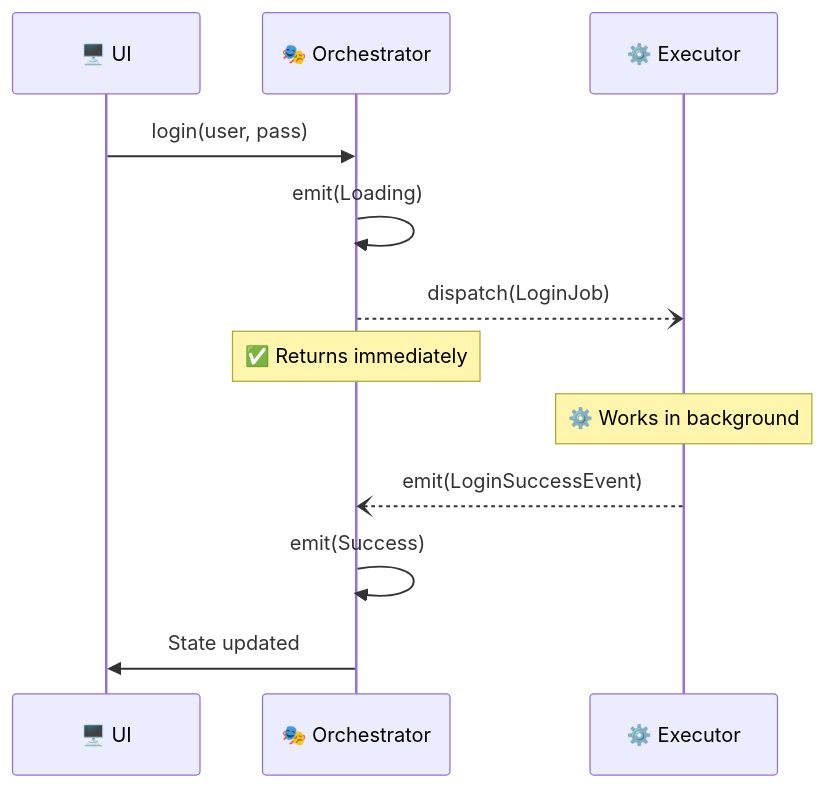
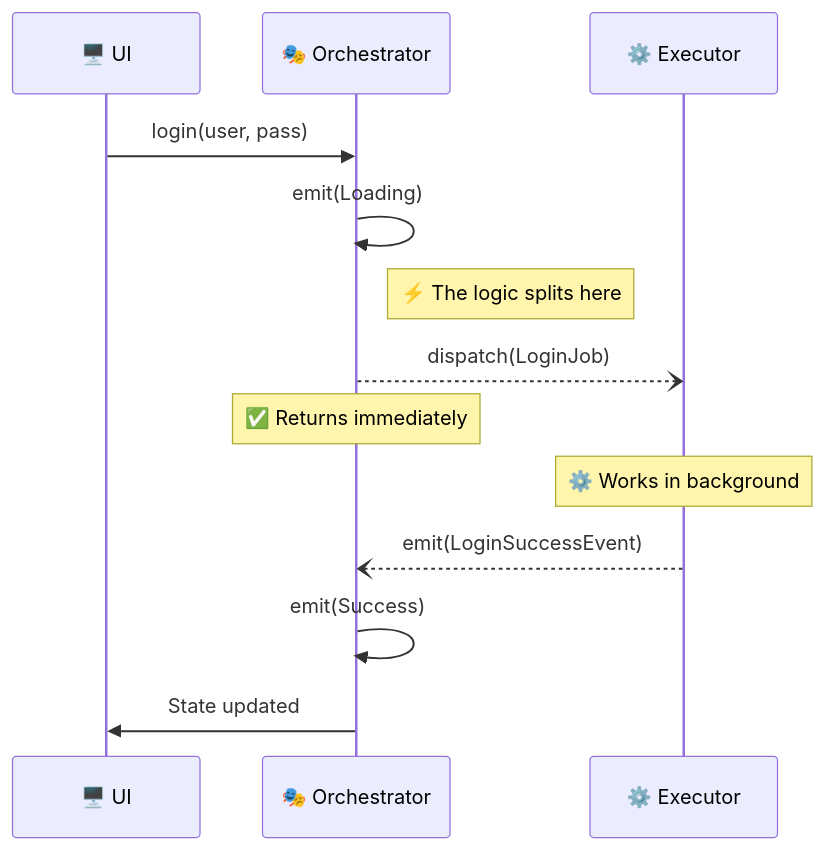
The second of 11 diagrams in book/chapters/02_architecture_concepts.md (lploc94/flutter_orchestrator), drawn with Mermaid before and after one commit. The commit also changed other lines of this file and 31 other files, not shown here.

````diff
--- a/book/chapters/02_architecture_concepts.md
+++ b/book/chapters/02_architecture_concepts.md
@@ -38,16 +44,20 @@
 ```mermaid
 sequenceDiagram
     participant UI as 🖥️ UI
     participant Orch as 🎭 Orchestrator
     participant Exec as ⚙️ Executor
     
     UI->>Orch: login(user, pass)
     Orch->>Orch: emit(Loading)
+    
+    Note right of Orch: ⚡ The logic splits here
+    
     Orch--)Exec: dispatch(LoginJob)
     Note over Orch: ✅ Returns immediately
+    
     Note over Exec: ⚙️ Works in background
     
     Exec--)Orch: emit(LoginSuccessEvent)
     Orch->>Orch: emit(Success)
     Orch->>UI: State updated
 ```
````
